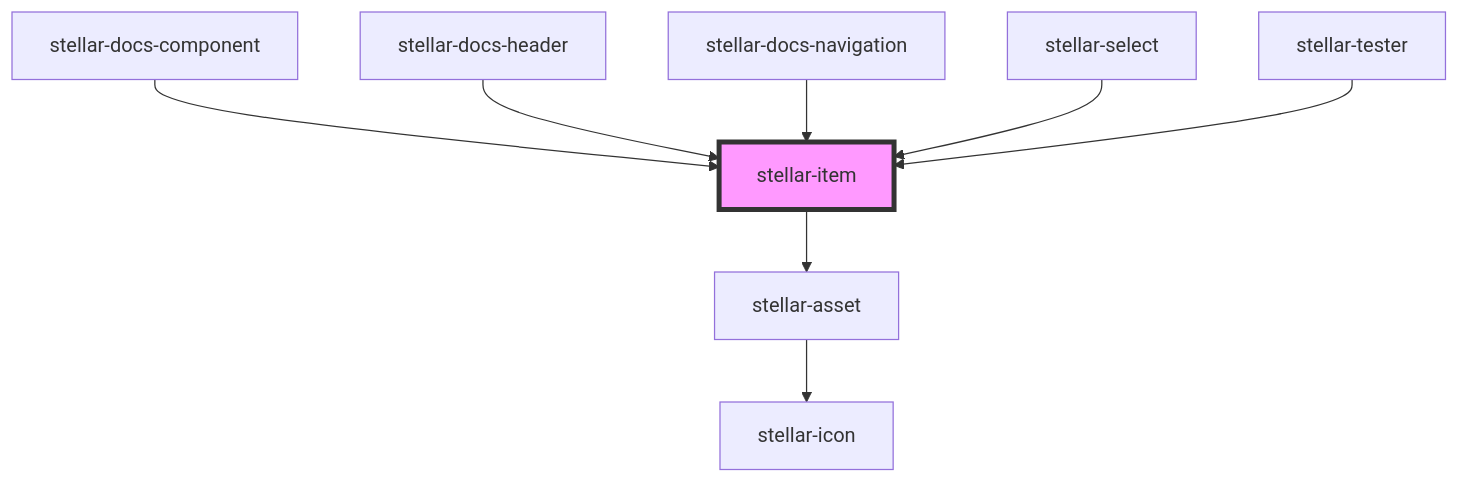
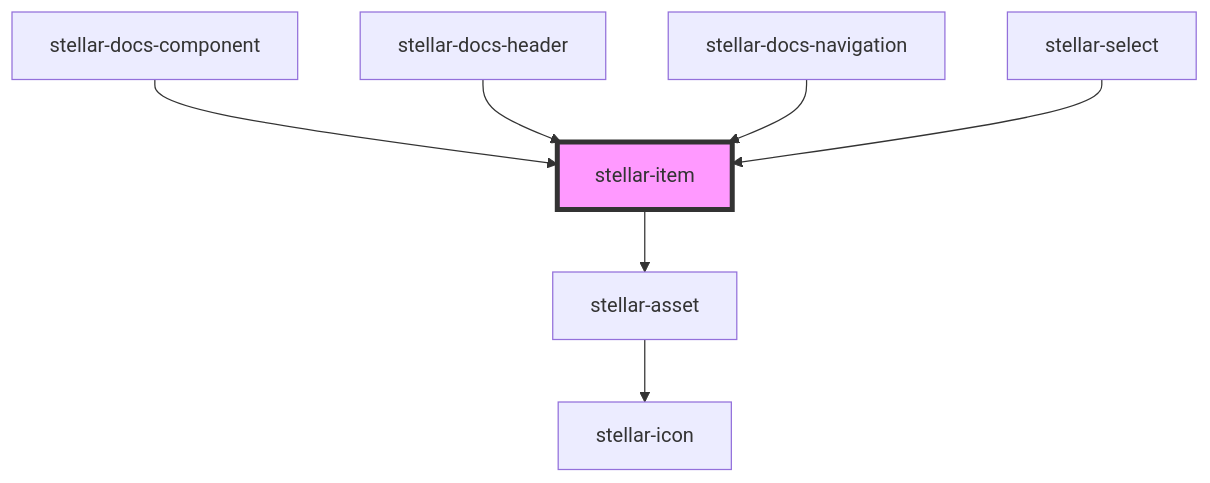
One commit to splitinfinities/Stellar changed the diagram in src/components/forms/item/readme.md. Above: the diagram before and after it, drawn with Mermaid. The commit also changed other lines of this file and 11 other files, not shown here.

````diff
--- a/src/components/forms/item/readme.md
+++ b/src/components/forms/item/readme.md
@@ -100,11 +99,10 @@
 ```mermaid
 graph TD;
   stellar-item --> stellar-asset
   stellar-asset --> stellar-icon
   stellar-docs-component --> stellar-item
   stellar-docs-header --> stellar-item
   stellar-docs-navigation --> stellar-item
   stellar-select --> stellar-item
-  stellar-tester --> stellar-item
   style stellar-item fill:#f9f,stroke:#333,stroke-width:4px
 ```
````
